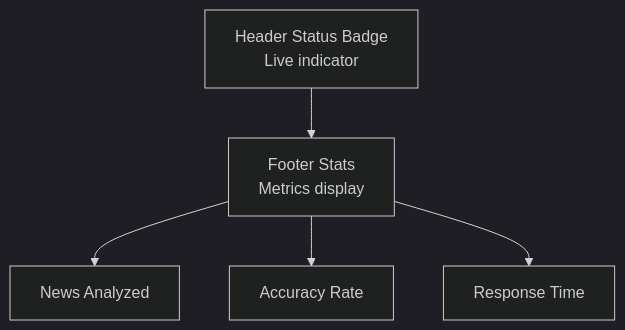
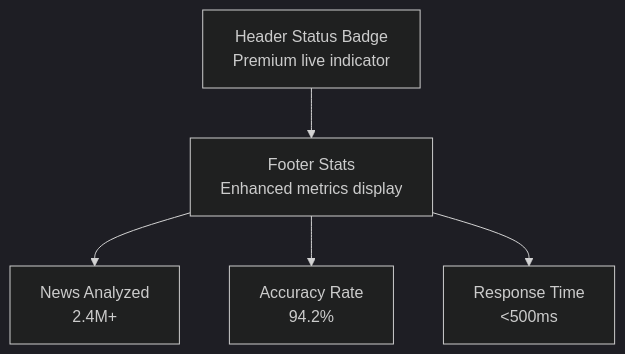
The seventh of 10 diagrams in .qoder/repowiki/en/content/User Interface Components.md (ayushtiwari1526/TheReinforcers_AyushTiwari), drawn with Mermaid (dark theme) before and after one commit. The commit also changed other lines of this file and 21 other files, not shown here.

````diff
--- a/.qoder/repowiki/en/content/User Interface Components.md
+++ b/.qoder/repowiki/en/content/User Interface Components.md
@@ -270,7 +321,7 @@
 ```mermaid
 graph TB
-Header["Header Status Badge<br/>Live indicator"] --> Stats["Footer Stats<br/>Metrics display"]
-Stats --> NA["News Analyzed"]
-Stats --> AR["Accuracy Rate"]
-Stats --> RT["Response Time"]
+Header["Header Status Badge<br/>Premium live indicator"] --> Stats["Footer Stats<br/>Enhanced metrics display"]
+Stats --> NA["News Analyzed<br/>2.4M+"]
+Stats --> AR["Accuracy Rate<br/>94.2%"]
+Stats --> RT["Response Time<br/><500ms"]
 ```
````
